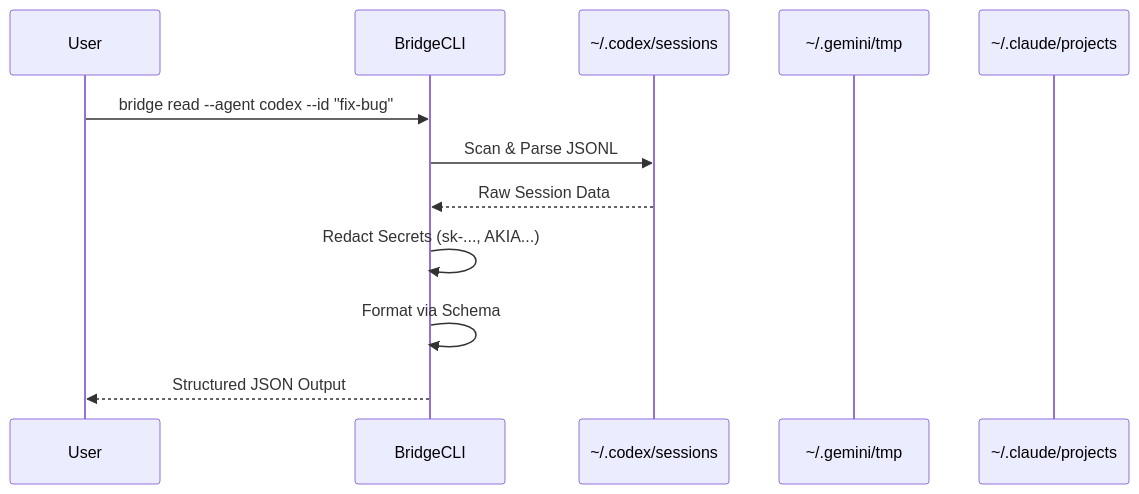
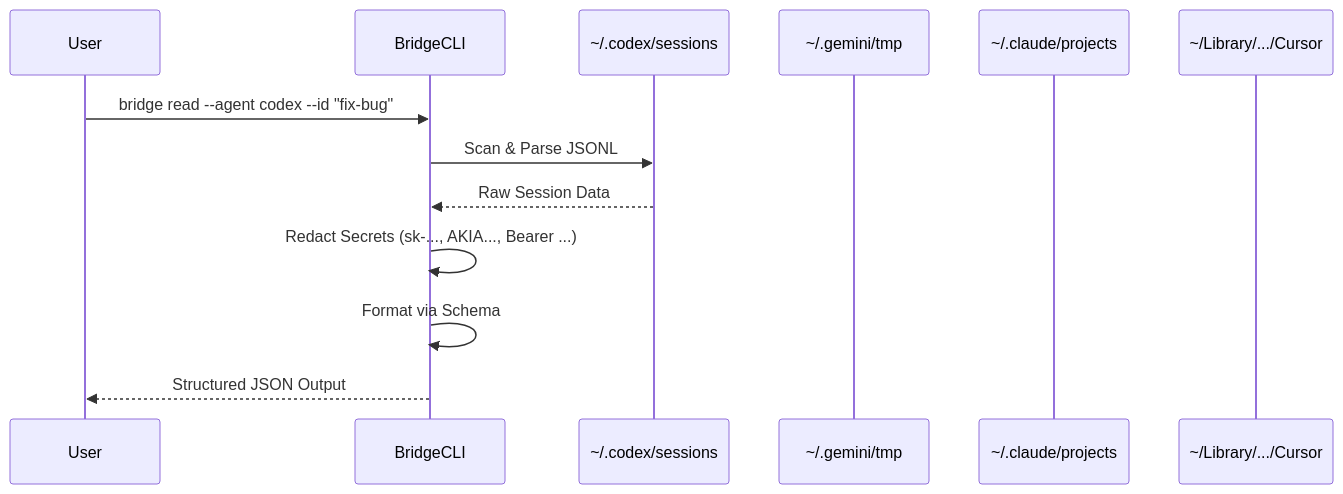
Before and after one commit to cote-star/agent-bridge: the diagram in README.md, drawn with Mermaid. The commit also changed other lines of this file, not shown here.

````diff
--- a/README.md
+++ b/README.md
@@ -24,15 +24,16 @@
 ```mermaid
 sequenceDiagram
     participant User
     participant BridgeCLI
     participant Codex as ~/.codex/sessions
     participant Gemini as ~/.gemini/tmp
     participant Claude as ~/.claude/projects
+    participant Cursor as ~/Library/.../Cursor
 
     User->>BridgeCLI: bridge read --agent codex --id "fix-bug"
     BridgeCLI->>Codex: Scan & Parse JSONL
     Codex-->>BridgeCLI: Raw Session Data
-    BridgeCLI->>BridgeCLI: Redact Secrets (sk-..., AKIA...)
+    BridgeCLI->>BridgeCLI: Redact Secrets (sk-..., AKIA..., Bearer ...)
     BridgeCLI->>BridgeCLI: Format via Schema
     BridgeCLI-->>User: Structured JSON Output
 ```
````
